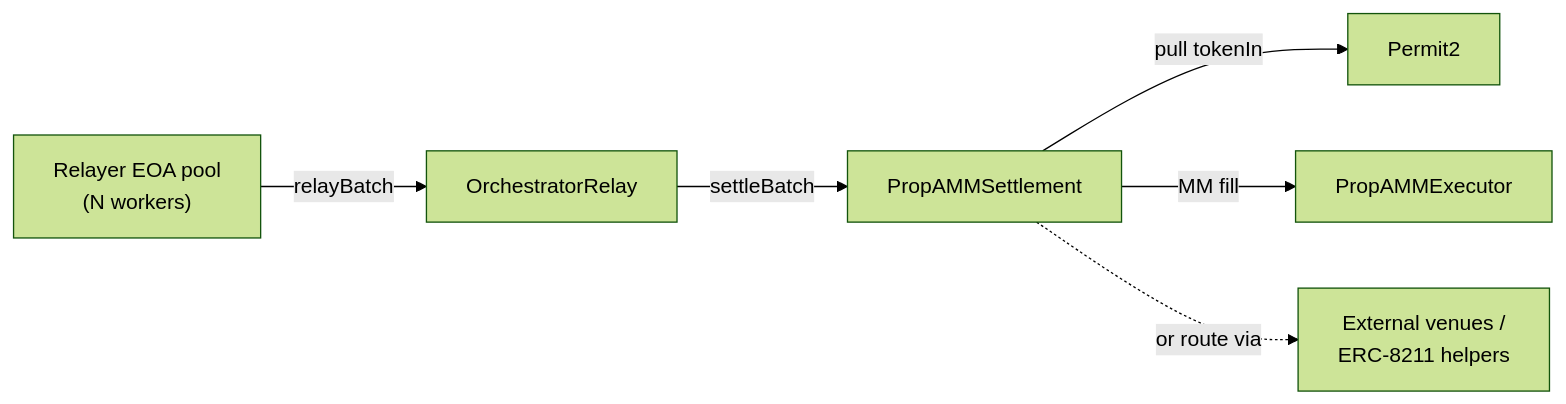
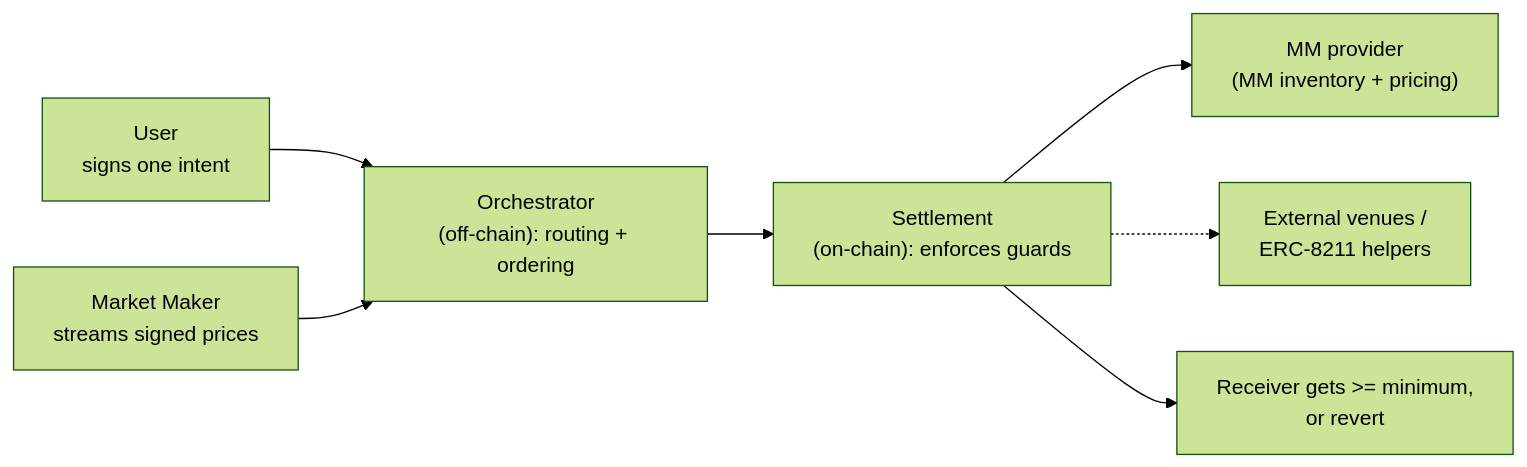
Before and after one commit to bcnmy/propamm-protocol-docs: the diagram in docs/architecture.md, drawn with Mermaid (forest theme). The commit also changed other lines of this file and 2 other files, not shown here.

````diff
--- a/docs/architecture.md
+++ b/docs/architecture.md
@@ -52,8 +36,9 @@
 ```mermaid
 flowchart LR
-    EOA["Relayer EOA pool<br/>(N workers)"] -->|relayBatch| Relay["OrchestratorRelay"]
-    Relay -->|settleBatch| S["PropAMMSettlement"]
-    S -->|pull tokenIn| P2["Permit2"]
-    S -->|MM fill| Exec["PropAMMExecutor"]
-    S -.->|or route via| Venues["External venues /<br/>ERC-8211 helpers"]
+    U["User<br/>signs one intent"] --> O["Orchestrator<br/>(off-chain): routing + ordering"]
+    MM["Market Maker<br/>streams signed prices"] --> O
+    O --> S["Settlement<br/>(on-chain): enforces guards"]
+    S --> Prov["MM provider<br/>(MM inventory + pricing)"]
+    S -.-> Venues["External venues /<br/>ERC-8211 helpers"]
+    S --> R["Receiver gets >= minimum,<br/>or revert"]
 ```
````
